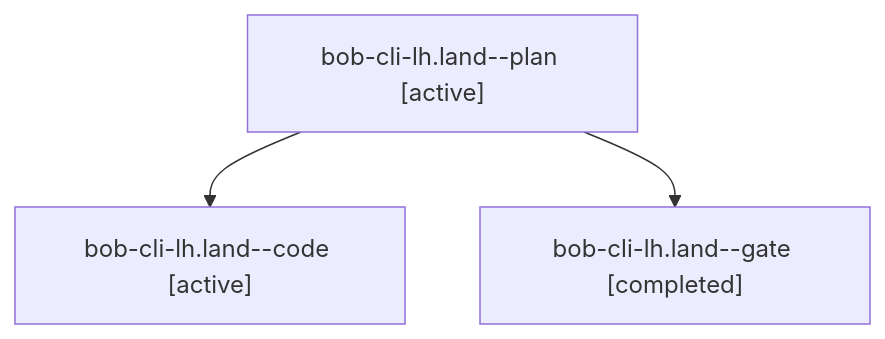
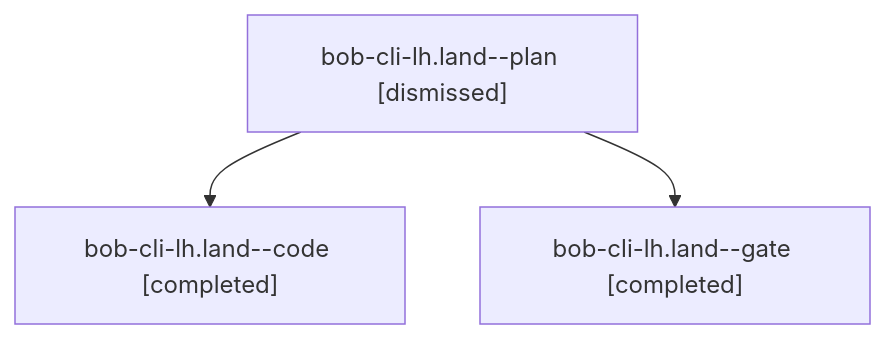
The diagram in sessions/bbugyi200.apollo.bob-cli-lh.land.md (bobs-org/bob-cli--agents), drawn with Mermaid before and after one commit. The commit also changed other lines of this file and 84 other files, not shown here.

````diff
--- a/sessions/bbugyi200.apollo.bob-cli-lh.land.md
+++ b/sessions/bbugyi200.apollo.bob-cli-lh.land.md
@@ -9,8 +9,8 @@
 ```mermaid
 flowchart TD
-  n0["bob-cli-lh.land--plan [active]"]
-  n1["bob-cli-lh.land--code [active]"]
+  n0["bob-cli-lh.land--plan [dismissed]"]
+  n1["bob-cli-lh.land--code [completed]"]
   n0 --> n1
   n2["bob-cli-lh.land--gate [completed]"]
   n0 --> n2
 ```
````
